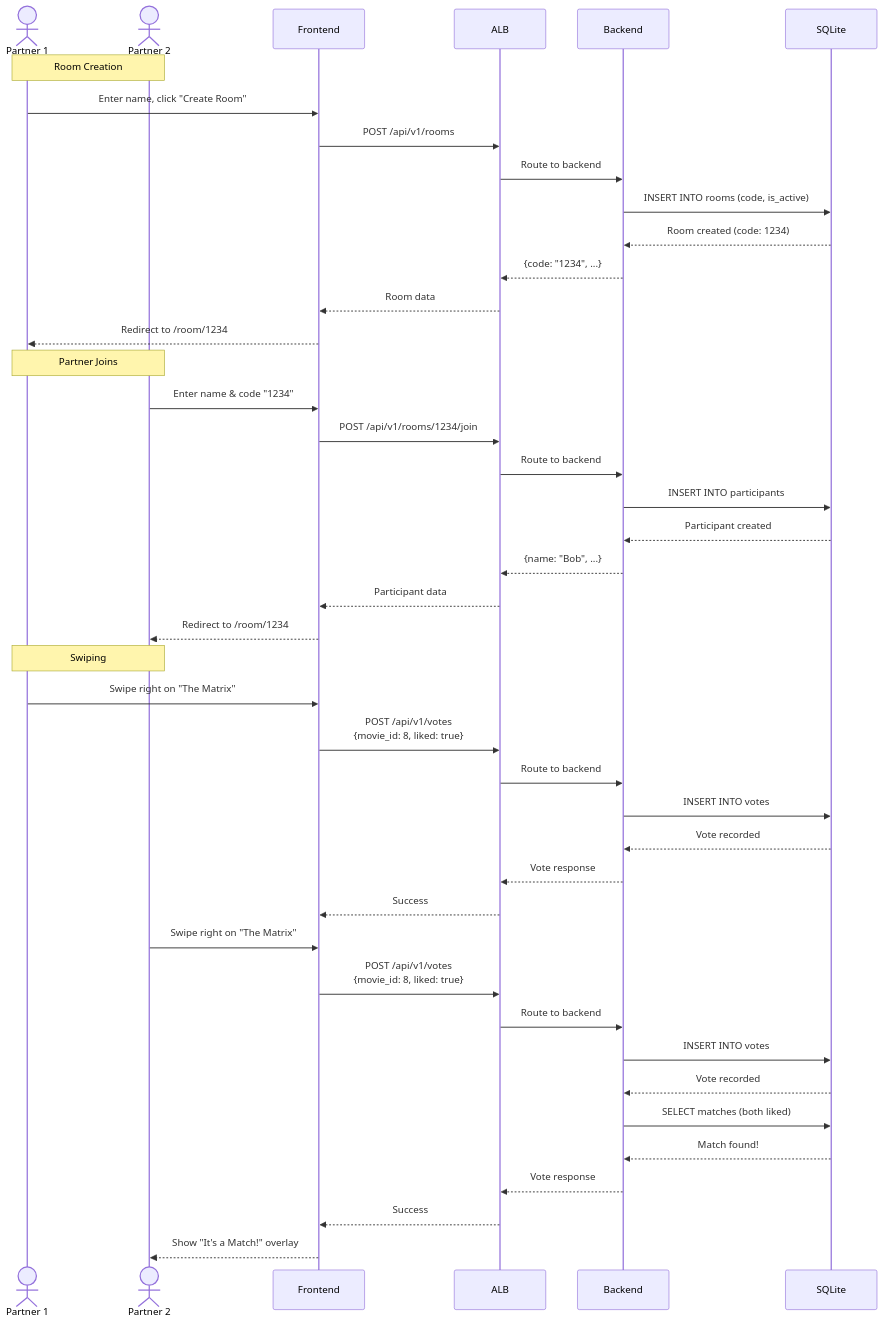
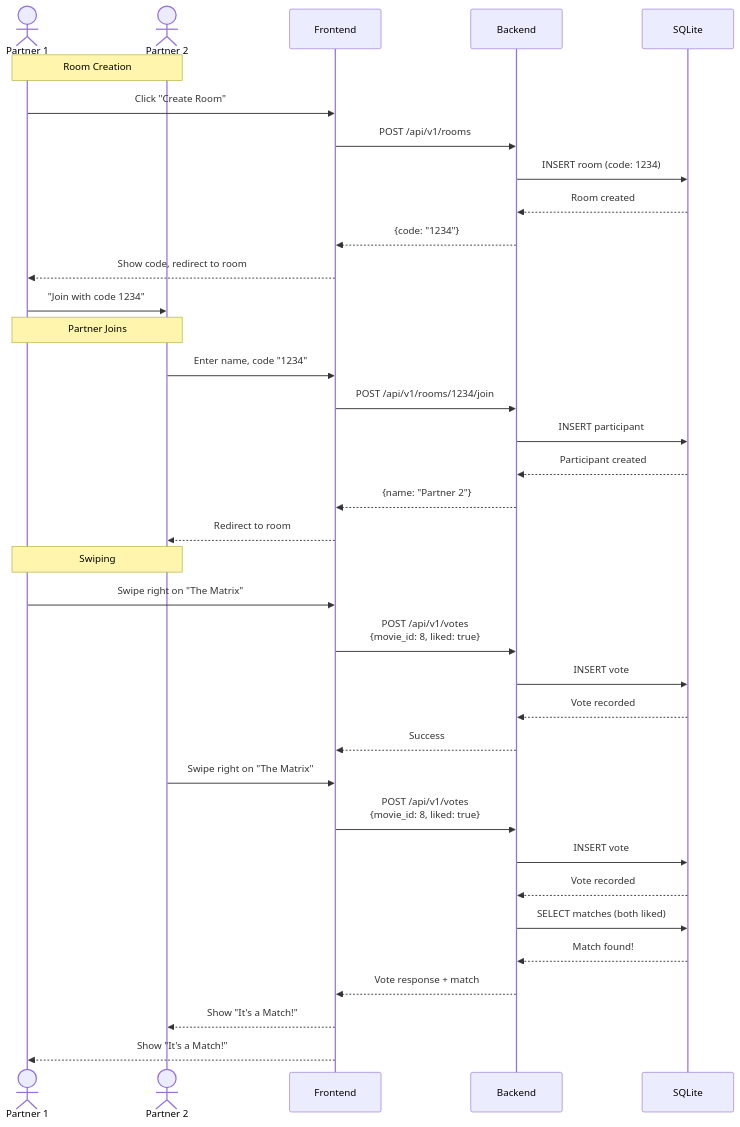
Before and after one commit to umans-ai/cinematch: the fourth of 5 diagrams in docs/architecture/overview.md, drawn with Mermaid. The commit also changed other lines of this file and 3 other files, not shown here.

Commit message:
docs: refactor architecture overview, add AGENTS symlink, update tdd-check 📚

````diff
--- a/docs/architecture/overview.md
+++ b/docs/architecture/overview.md
@@ -212,49 +137,42 @@
 ```mermaid
 sequenceDiagram
     actor P1 as Partner 1
     actor P2 as Partner 2
     participant FE as Frontend
-    participant ALB as ALB
     participant BE as Backend
     participant DB as SQLite
 
     Note over P1,P2: Room Creation
-    P1->>FE: Enter name, click "Create Room"
-    FE->>ALB: POST /api/v1/rooms
-    ALB->>BE: Route to backend
-    BE->>DB: INSERT INTO rooms (code, is_active)
-    DB-->>BE: Room created (code: 1234)
-    BE-->>ALB: {code: "1234", ...}
-    ALB-->>FE: Room data
-    FE-->>P1: Redirect to /room/1234
+    P1->>FE: Click "Create Room"
+    FE->>BE: POST /api/v1/rooms
+    BE->>DB: INSERT room (code: 1234)
+    DB-->>BE: Room created
+    BE-->>FE: {code: "1234"}
+    FE-->>P1: Show code, redirect to room
+    P1->>P2: "Join with code 1234"
 
     Note over P1,P2: Partner Joins
-    P2->>FE: Enter name & code "1234"
-    FE->>ALB: POST /api/v1/rooms/1234/join
-    ALB->>BE: Route to backend
-    BE->>DB: INSERT INTO participants
+    P2->>FE: Enter name, code "1234"
+    FE->>BE: POST /api/v1/rooms/1234/join
+    BE->>DB: INSERT participant
     DB-->>BE: Participant created
-    BE-->>ALB: {name: "Bob", ...}
-    ALB-->>FE: Participant data
-    FE-->>P2: Redirect to /room/1234
+    BE-->>FE: {name: "Partner 2"}
+    FE-->>P2: Redirect to room
 
     Note over P1,P2: Swiping
     P1->>FE: Swipe right on "The Matrix"
-    FE->>ALB: POST /api/v1/votes<br/>{movie_id: 8, liked: true}
-    ALB->>BE: Route to backend
-    BE->>DB: INSERT INTO votes
+    FE->>BE: POST /api/v1/votes<br/>{movie_id: 8, liked: true}
+    BE->>DB: INSERT vote
     DB-->>BE: Vote recorded
-    BE-->>ALB: Vote response
-    ALB-->>FE: Success
+    BE-->>FE: Success
 
     P2->>FE: Swipe right on "The Matrix"
-    FE->>ALB: POST /api/v1/votes<br/>{movie_id: 8, liked: true}
-    ALB->>BE: Route to backend
-    BE->>DB: INSERT INTO votes
+    FE->>BE: POST /api/v1/votes<br/>{movie_id: 8, liked: true}
+    BE->>DB: INSERT vote
     DB-->>BE: Vote recorded
     BE->>DB: SELECT matches (both liked)
     DB-->>BE: Match found!
-    BE-->>ALB: Vote response
-    ALB-->>FE: Success
-    FE-->>P2: Show "It's a Match!" overlay
+    BE-->>FE: Vote response + match
+    FE-->>P2: Show "It's a Match!"
+    FE-->>P1: Show "It's a Match!"
 ```
````
